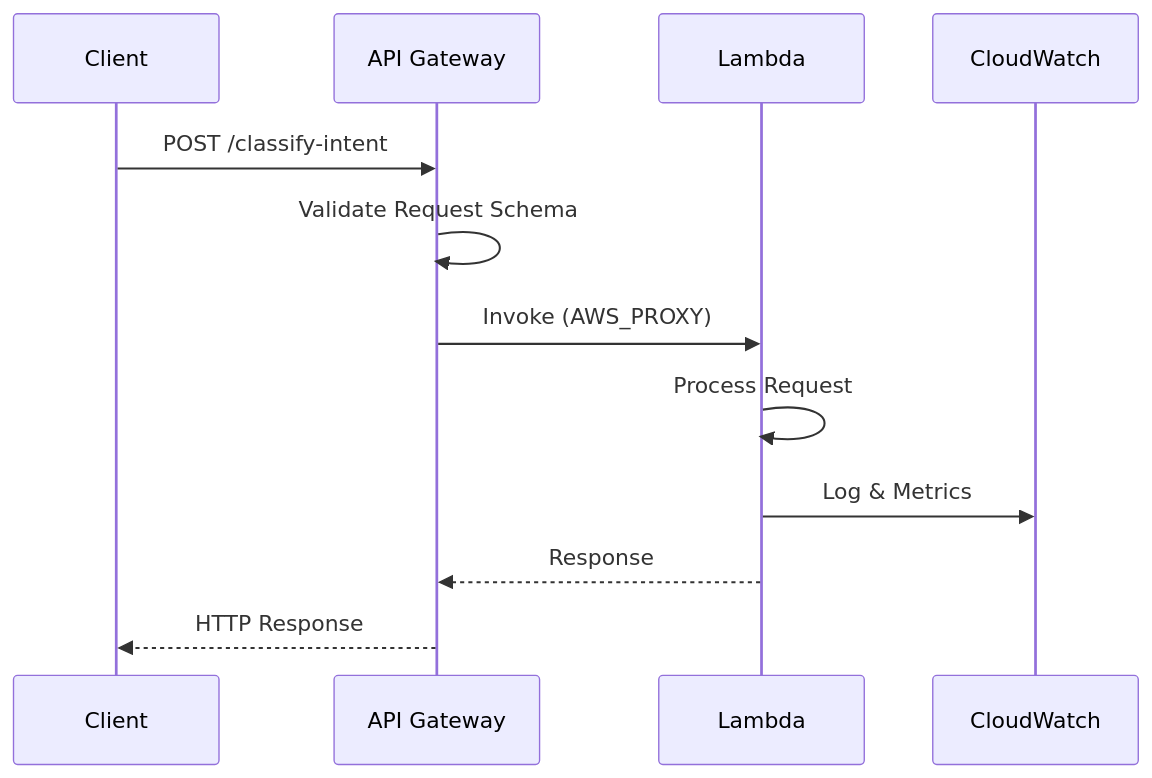
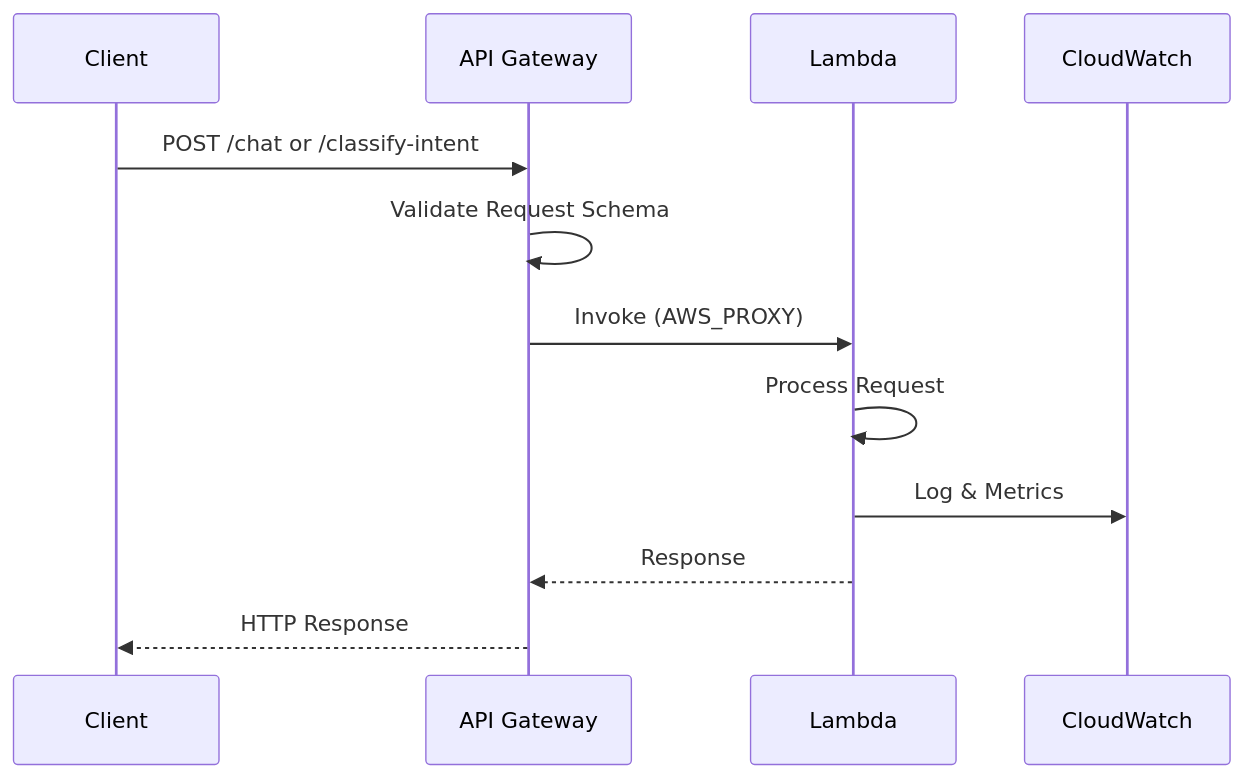
Before and after one commit to jujubear24/ai-customer-service-bot: the fourth of 9 diagrams in docs/architecture/system-design.md, drawn with Mermaid. The commit also changed other lines of this file, not shown here.

First line of the commit message:
docs(architecture): update system-design.md for Phase 2 completion

````diff
--- a/docs/architecture/system-design.md
+++ b/docs/architecture/system-design.md
@@ -92,15 +179,15 @@
 ```mermaid
 sequenceDiagram
     participant C as Client
     participant AG as API Gateway
     participant L as Lambda
     participant CW as CloudWatch
 
-    C->>AG: POST /classify-intent
+    C->>AG: POST /chat or /classify-intent
     AG->>AG: Validate Request Schema
     AG->>L: Invoke (AWS_PROXY)
     L->>L: Process Request
     L->>CW: Log & Metrics
     L-->>AG: Response
     AG-->>C: HTTP Response
 ```
````
